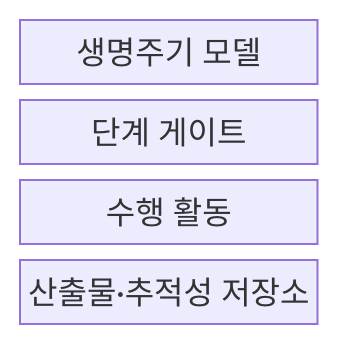
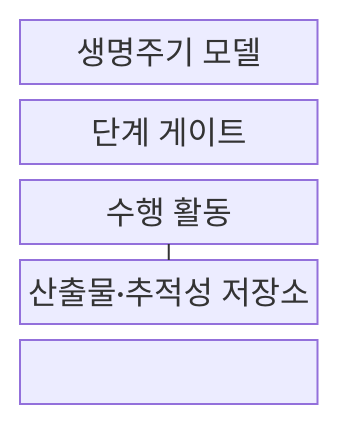
The first of 2 diagrams in src/content/docs/notes/03-software/030_software_development_lifecycle.md (agnusdei1207/knowledge-base), drawn with Mermaid before and after one commit. The commit also changed other lines of this file and 238 other files, not shown here.

````diff
--- a/src/content/docs/notes/03-software/030_software_development_lifecycle.md
+++ b/src/content/docs/notes/03-software/030_software_development_lifecycle.md
@@ -61,8 +61,10 @@
 ```mermaid
-block
+block-beta
   columns 1
   M["생명주기 모델"]
   G["단계 게이트"]
   A["수행 활동"]
   R["산출물·추적성 저장소"]
+  M --- G --- A
+  A --- R
 ```
````
